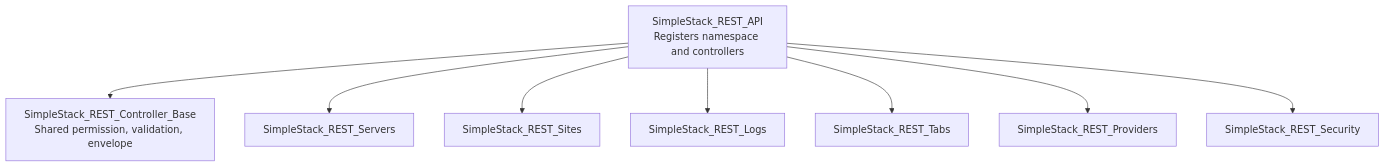
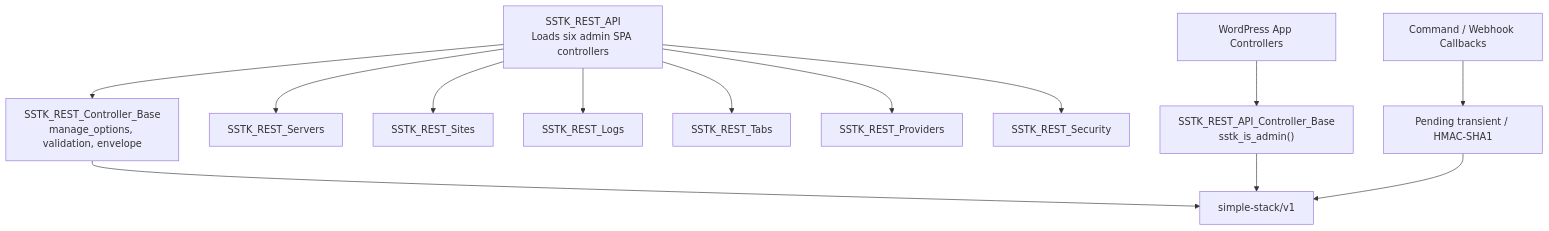
Before and after one commit to onedogsolutions/simple-stack: the first of 9 diagrams in .qoder/repowiki/en/content/REST API Reference/REST API Reference.md, drawn with Mermaid. The commit also changed other lines of this file and 5941 other files, not shown here.

First line of the commit message:
refactor(core): rebrand WPCloudDeploy to Simple Stack with new namespaces and prefixes

````diff
--- a/.qoder/repowiki/en/content/REST API Reference/REST API Reference.md
+++ b/.qoder/repowiki/en/content/REST API Reference/REST API Reference.md
@@ -39,10 +40,15 @@
 ```mermaid
 graph TB
-Loader["SimpleStack_REST_API<br/>Registers namespace and controllers"] --> Base["SimpleStack_REST_Controller_Base<br/>Shared permission, validation, envelope"]
-Loader --> Servers["SimpleStack_REST_Servers"]
-Loader --> Sites["SimpleStack_REST_Sites"]
-Loader --> Logs["SimpleStack_REST_Logs"]
-Loader --> Tabs["SimpleStack_REST_Tabs"]
-Loader --> Providers["SimpleStack_REST_Providers"]
-Loader --> Security["SimpleStack_REST_Security"]
+Loader["SSTK_REST_API<br/>Loads six admin SPA controllers"] --> Base["SSTK_REST_Controller_Base<br/>manage_options, validation, envelope"]
+Loader --> Servers["SSTK_REST_Servers"]
+Loader --> Sites["SSTK_REST_Sites"]
+Loader --> Logs["SSTK_REST_Logs"]
+Loader --> Tabs["SSTK_REST_Tabs"]
+Loader --> Providers["SSTK_REST_Providers"]
+Loader --> Security["SSTK_REST_Security"]
+WPApp["WordPress App Controllers"] --> WPAppBase["SSTK_REST_API_Controller_Base<br/>sstk_is_admin()"]
+Callbacks["Command / Webhook Callbacks"] --> CallbackAuth["Pending transient / HMAC-SHA1"]
+Base --> NS["simple-stack/v1"]
+WPAppBase --> NS
+CallbackAuth --> NS
 ```
````
